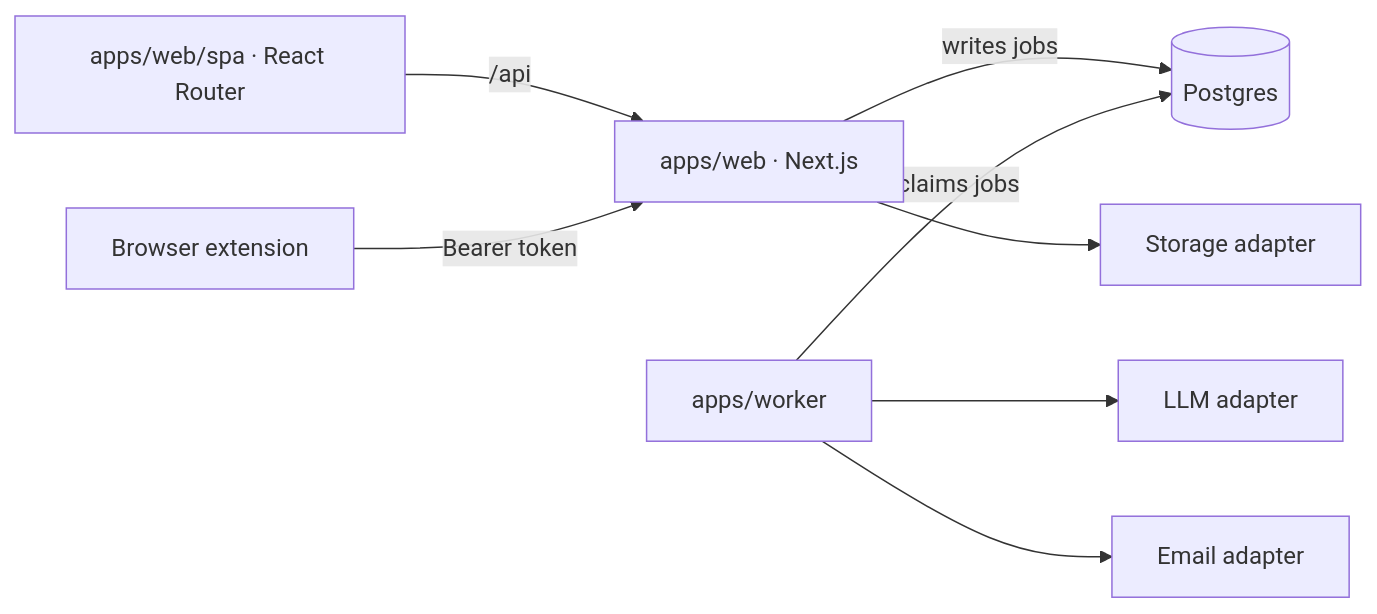
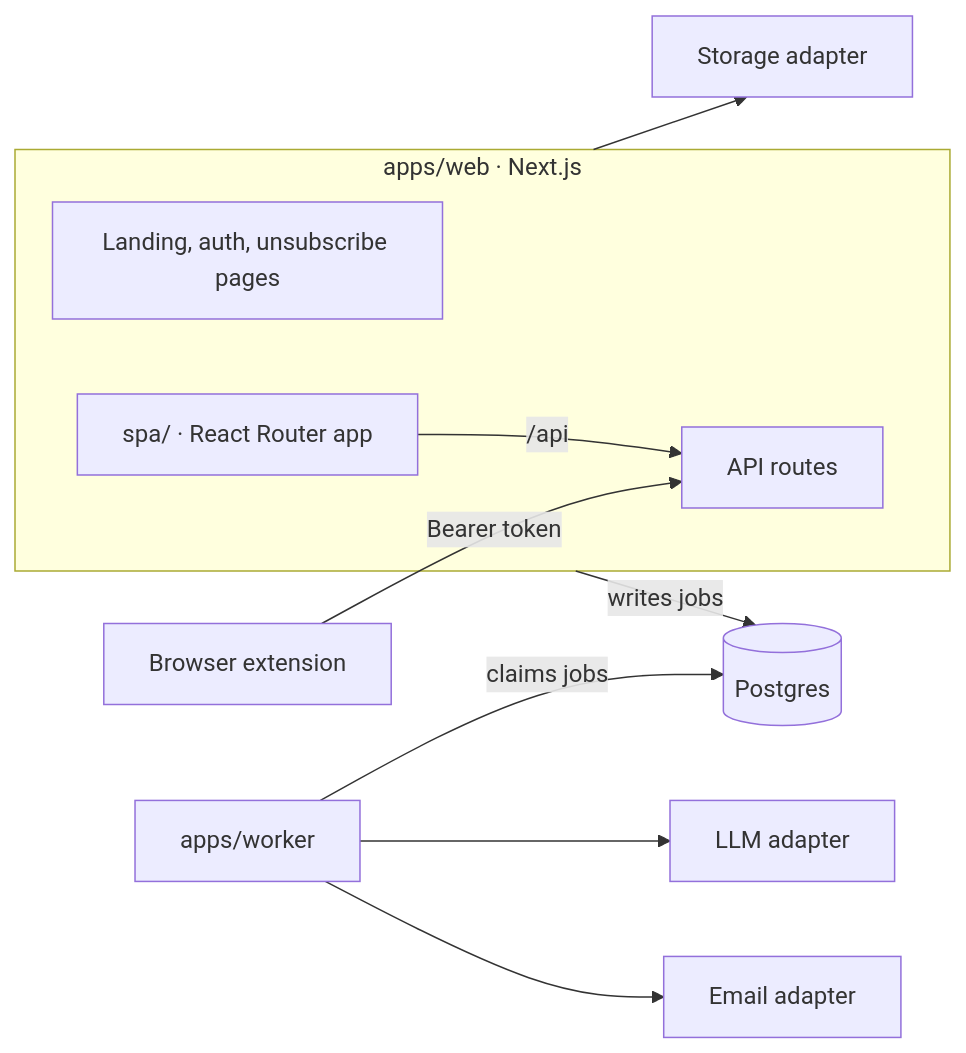
The diagram in README.md (dong0085/ten-minutes-review), drawn with Mermaid before and after one commit. The commit also changed other lines of this file and 1 other file, not shown here.

Commit message:
Update READMEs for the single Next app
The architecture diagram shows the React Router app inside apps/web next to
the pages and API routes, and a short paragraph explains how Next serves it.
apps/web/README.md replaces the create-next-app boilerplate with what the
app holds and how to run it.

````diff
--- a/README.md
+++ b/README.md
@@ -30,10 +30,13 @@
 ```mermaid
 flowchart LR
-  SPA[apps/web/spa · React Router] -->|/api| Web[apps/web · Next.js]
-  Ext[Browser extension] -->|Bearer token| Web
+  subgraph Web[apps/web · Next.js]
+    Pages[Landing, auth, unsubscribe pages]
+    SPA[spa/ · React Router app] -->|/api| API[API routes]
+  end
+  Ext[Browser extension] -->|Bearer token| API
   Web -->|writes jobs| PG[(Postgres)]
   Worker[apps/worker] -->|claims jobs| PG
   Worker --> LLM[LLM adapter]
   Worker --> Mail[Email adapter]
   Web --> Store[Storage adapter]
 ```
````
